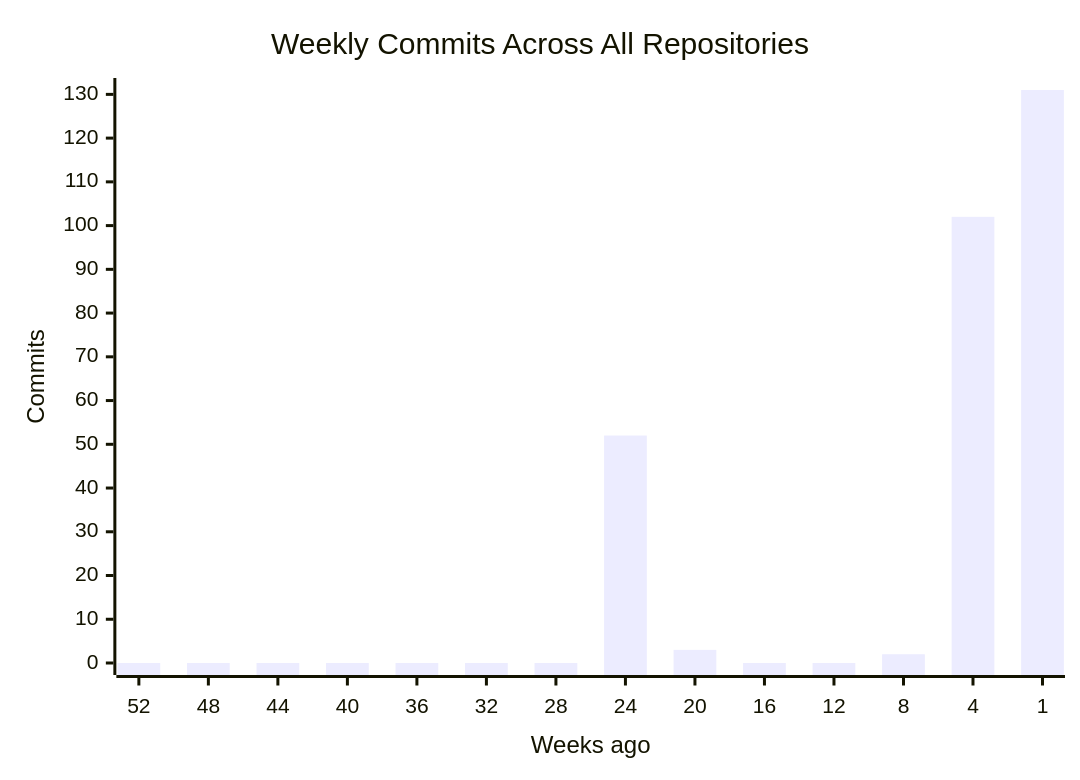
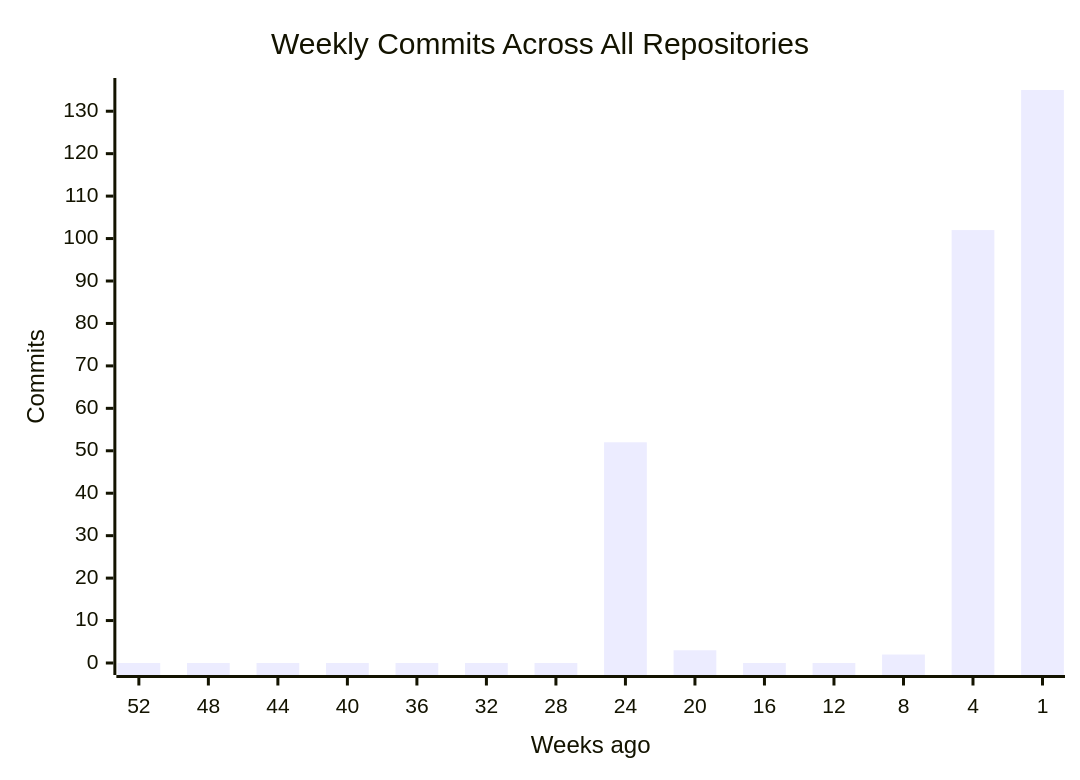
One commit to CSTH-Projects/.github changed the first of 4 diagrams in profile/README.md. Above: the diagram before and after it, drawn with Mermaid. The commit also changed other lines of this file, not shown here.

````diff
--- a/profile/README.md
+++ b/profile/README.md
@@ -16,7 +16,7 @@
 ```mermaid
 xychart-beta
     title "Weekly Commits Across All Repositories"
     x-axis "Weeks ago" [52, 48, 44, 40, 36, 32, 28, 24, 20, 16, 12, 8, 4, 1]
     y-axis "Commits"
-    bar [0, 0, 0, 0, 0, 0, 0, 52, 3, 0, 0, 2, 102, 131]
+    bar [0, 0, 0, 0, 0, 0, 0, 52, 3, 0, 0, 2, 102, 135]
 ```
````
